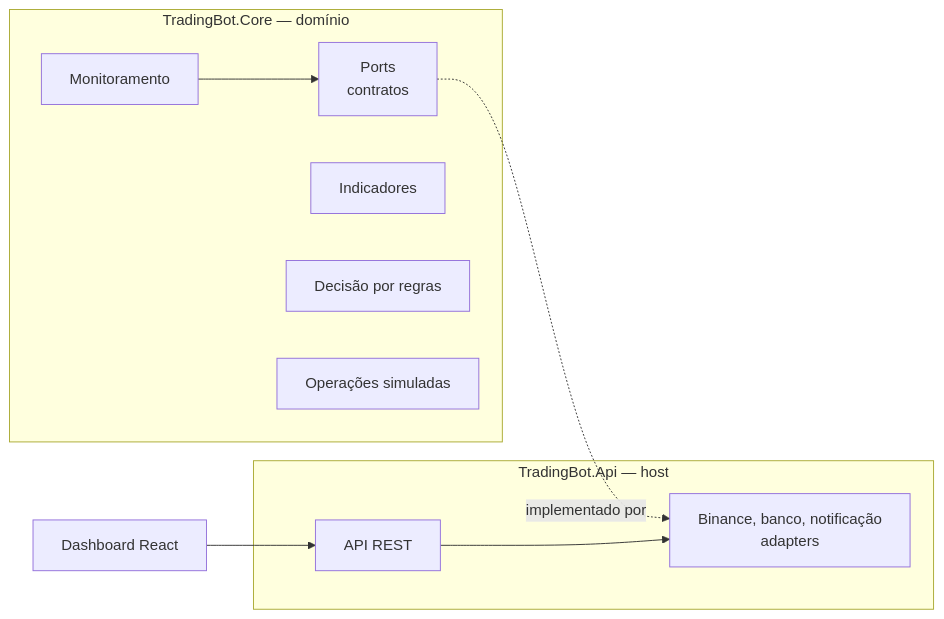
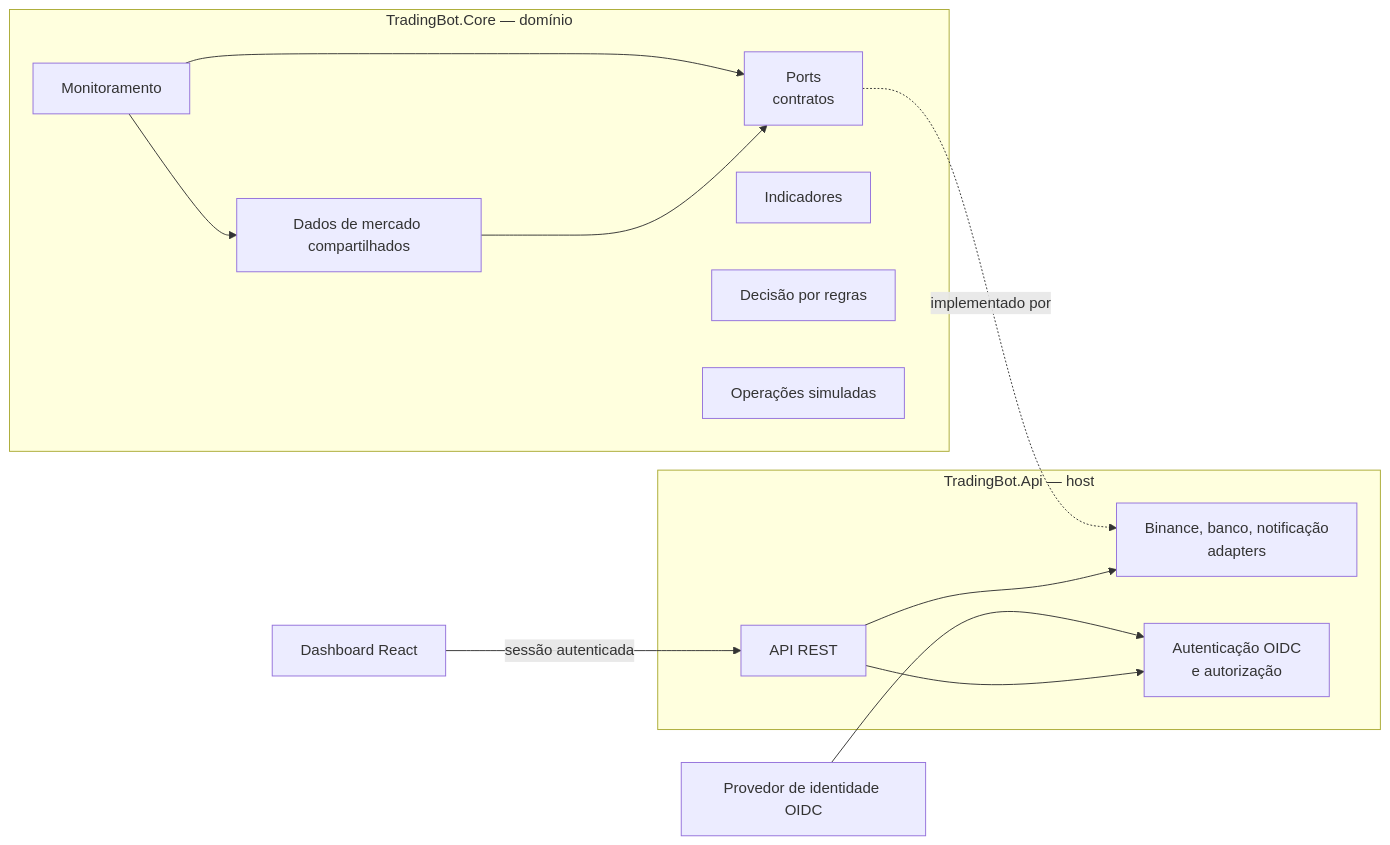
Before and after one commit to Marcelo-Davila/TradingBot-Vitrine: the first of 6 diagrams in Docs/ARQUITETURA.md, drawn with Mermaid. The commit also changed other lines of this file and 4 other files, not shown here.

````diff
--- a/Docs/ARQUITETURA.md
+++ b/Docs/ARQUITETURA.md
@@ -16,18 +16,24 @@
 ```mermaid
 flowchart LR
     subgraph Dominio[TradingBot.Core — domínio]
         P[Ports<br/>contratos]
         IND[Indicadores]
         DEC[Decisão por regras]
         MON[Monitoramento]
+        HUB[Dados de mercado compartilhados]
         OPE[Operações simuladas]
     end
     subgraph Host[TradingBot.Api — host]
         AD[Binance, banco, notificação<br/>adapters]
+        SEC[Autenticação OIDC<br/>e autorização]
         API[API REST]
     end
-    F[Dashboard React] --> API
+    IDP[Provedor de identidade OIDC] --> SEC
+    F[Dashboard React] -->|sessão autenticada| API
+    API --> SEC
     MON --> P
+    MON --> HUB
+    HUB --> P
     P -.implementado por.-> AD
     API --> AD
 ```
````
